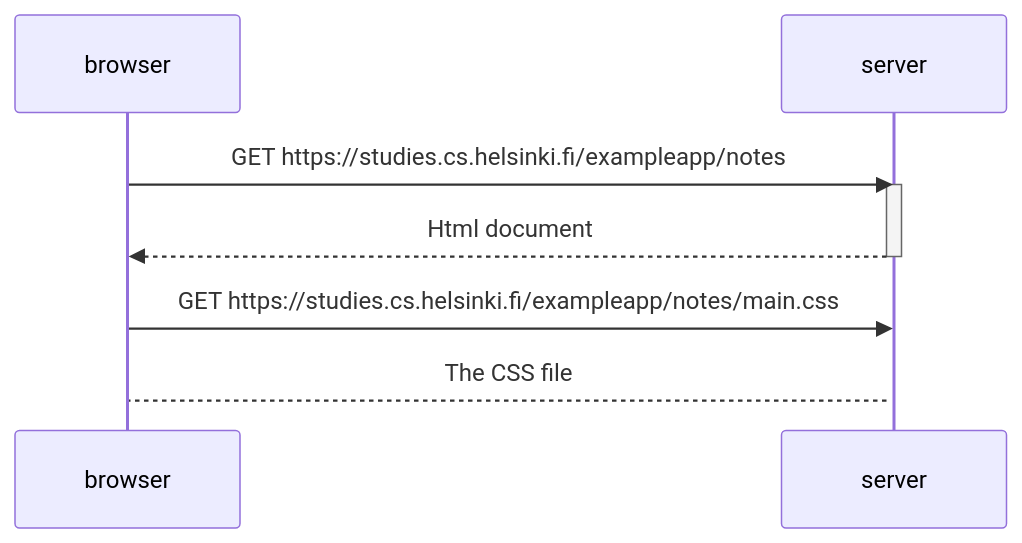
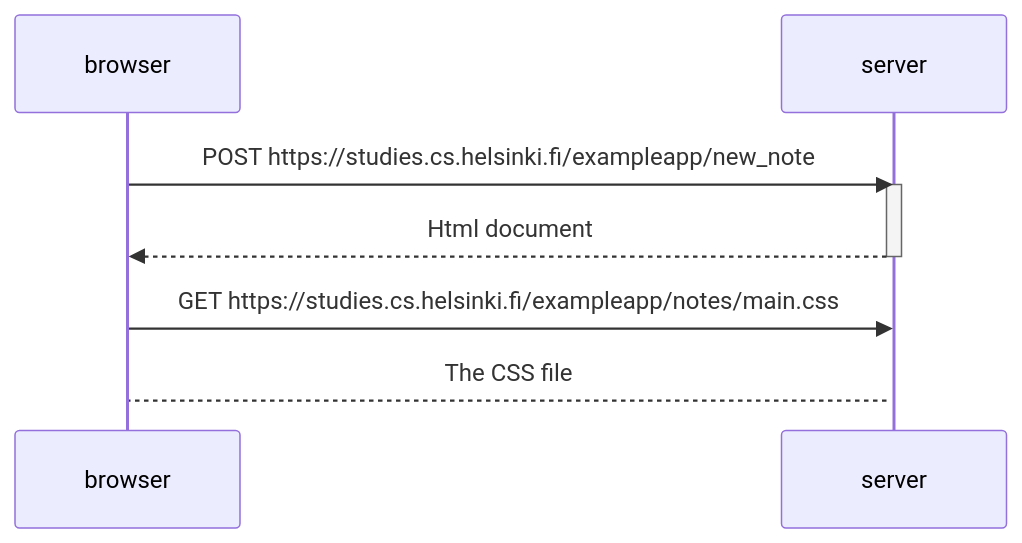
One commit to TegelVee/Fullstack_exerciserepo changed the diagram in osa0/sequencechart.md. Above: the diagram before and after it, drawn with Mermaid.

````diff
--- a/osa0/sequencechart.md
+++ b/osa0/sequencechart.md
@@ -3,14 +3,14 @@
 ```mermaid
 sequenceDiagram
   participant browser
   participant server
-  browser->>server: GET https://studies.cs.helsinki.fi/exampleapp/notes
+  browser->>server: POST https://studies.cs.helsinki.fi/exampleapp/new_note
   activate server
   server-->>browser: Html document
   deactivate server
 
   browser->>server: GET https://studies.cs.helsinki.fi/exampleapp/notes/main.css
   activate server
   server-->browser: The CSS file
 
 ```
````
